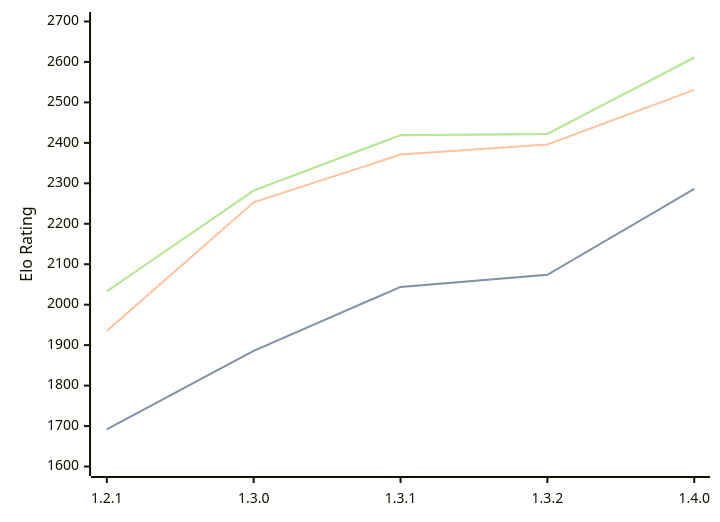
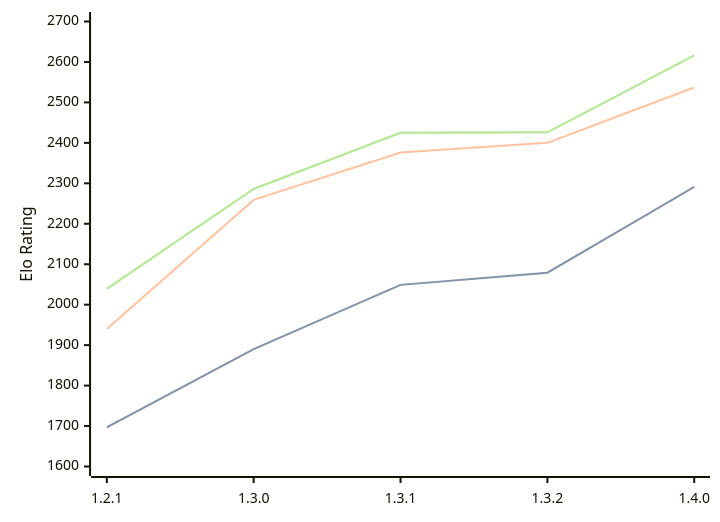
One commit to computer-chess-index/cci changed the diagram in engines/Chal.md. Above: the diagram before and after it, drawn with Mermaid. The commit also changed other lines of this file, not shown here.

Commit message:
Update CCI Ratings (ELO VLTC) - 2026-04-14

````diff
--- a/engines/Chal.md
+++ b/engines/Chal.md
@@ -38,11 +38,11 @@
 ```mermaid
 %%{init: {"theme":"base","themeVariables":{"seriesColors:['#a3a3a3','#222221','#faa371']}}}%%
 xychart-beta
   x-axis ["1.2.1", "1.3.0", "1.3.1", "1.3.2", "1.4.0"]
   y-axis "Elo Rating" 1600 --> 2700
-  line "STC (8.0+0.08s)" [1692, 1886, 2044, 2074, 2286]
-  line "STC (8.0+0.08s)" [1692, 1886, 2044, 2074, 2286]
-  line "LTC (60.0+0.60s)" [1935, 2253, 2371, 2396, 2531]
-  line "VLTC (2m24s+1.12s)" [2033, 2282, 2419, 2422, 2611]
-  line "VLTC (2m24s+1.12s)" [2033, 2282, 2419, 2422, 2611]
+  line "STC (8.0+0.08s)" [1697, 1890, 2049, 2079, 2291]
+  line "STC (8.0+0.08s)" [1697, 1890, 2049, 2079, 2291]
+  line "LTC (60.0+0.60s)" [1940, 2259, 2376, 2400, 2537]
+  line "VLTC (2m24s+1.12s)" [2039, 2286, 2425, 2426, 2616]
+  line "VLTC (2m24s+1.12s)" [2039, 2286, 2425, 2426, 2616]
 ```
````
